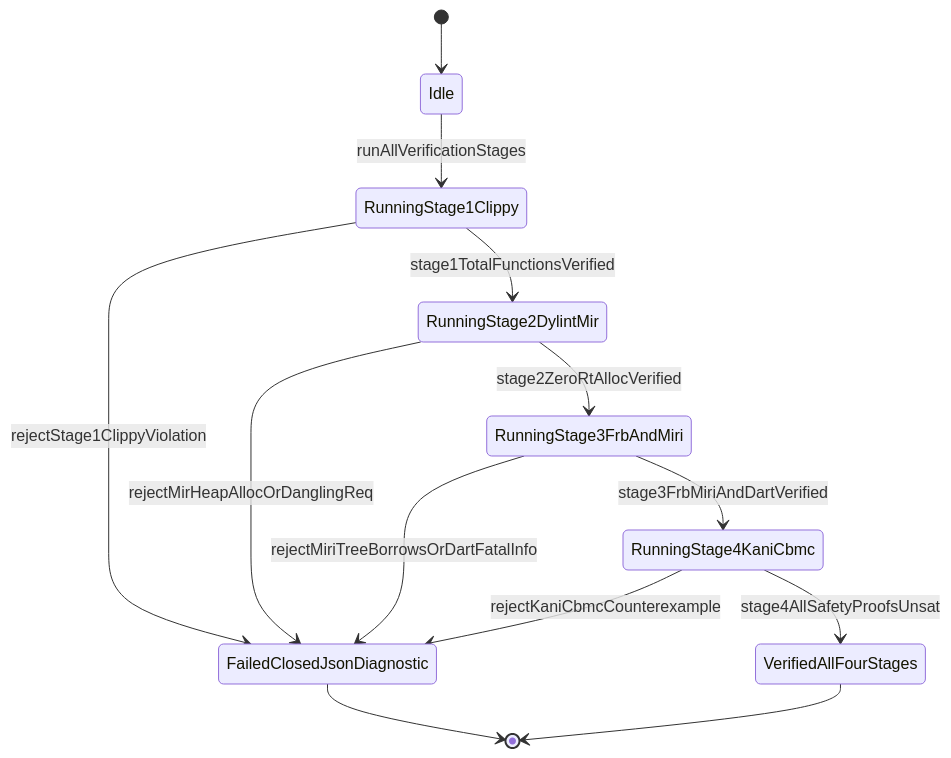
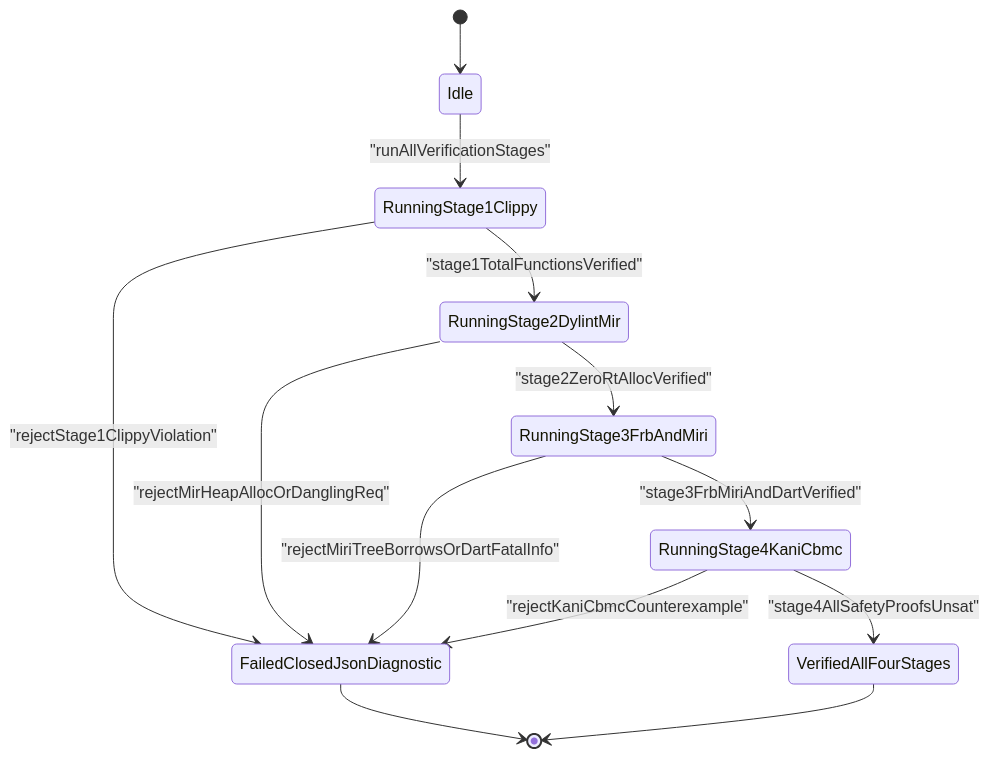
Before and after one commit to gintatkinson/DEAP01-spec-core: the third of 4 diagrams in .pipeline/upstream/docs/epics/EPIC-09-BP_09_Multi_Stage_Compiler_and_Formal_Verification_Gatekeeper.md, drawn with Mermaid. The commit also changed other lines of this file and 3 other files, not shown here.

````diff
--- a/.pipeline/upstream/docs/epics/EPIC-09-BP_09_Multi_Stage_Compiler_and_Formal_Verification_Gatekeeper.md
+++ b/.pipeline/upstream/docs/epics/EPIC-09-BP_09_Multi_Stage_Compiler_and_Formal_Verification_Gatekeeper.md
@@ -110,15 +240,15 @@
 ```mermaid
 stateDiagram-v2
     [*] --> Idle
-    Idle --> RunningStage1Clippy : runAllVerificationStages
-    RunningStage1Clippy --> FailedClosedJsonDiagnostic : rejectStage1ClippyViolation
-    RunningStage1Clippy --> RunningStage2DylintMir : stage1TotalFunctionsVerified
-    RunningStage2DylintMir --> FailedClosedJsonDiagnostic : rejectMirHeapAllocOrDanglingReq
-    RunningStage2DylintMir --> RunningStage3FrbAndMiri : stage2ZeroRtAllocVerified
-    RunningStage3FrbAndMiri --> FailedClosedJsonDiagnostic : rejectMiriTreeBorrowsOrDartFatalInfo
-    RunningStage3FrbAndMiri --> RunningStage4KaniCbmc : stage3FrbMiriAndDartVerified
-    RunningStage4KaniCbmc --> FailedClosedJsonDiagnostic : rejectKaniCbmcCounterexample
-    RunningStage4KaniCbmc --> VerifiedAllFourStages : stage4AllSafetyProofsUnsat
+    Idle --> RunningStage1Clippy : "runAllVerificationStages"
+    RunningStage1Clippy --> FailedClosedJsonDiagnostic : "rejectStage1ClippyViolation"
+    RunningStage1Clippy --> RunningStage2DylintMir : "stage1TotalFunctionsVerified"
+    RunningStage2DylintMir --> FailedClosedJsonDiagnostic : "rejectMirHeapAllocOrDanglingReq"
+    RunningStage2DylintMir --> RunningStage3FrbAndMiri : "stage2ZeroRtAllocVerified"
+    RunningStage3FrbAndMiri --> FailedClosedJsonDiagnostic : "rejectMiriTreeBorrowsOrDartFatalInfo"
+    RunningStage3FrbAndMiri --> RunningStage4KaniCbmc : "stage3FrbMiriAndDartVerified"
+    RunningStage4KaniCbmc --> FailedClosedJsonDiagnostic : "rejectKaniCbmcCounterexample"
+    RunningStage4KaniCbmc --> VerifiedAllFourStages : "stage4AllSafetyProofsUnsat"
     FailedClosedJsonDiagnostic --> [*]
     VerifiedAllFourStages --> [*]
 ```
````
